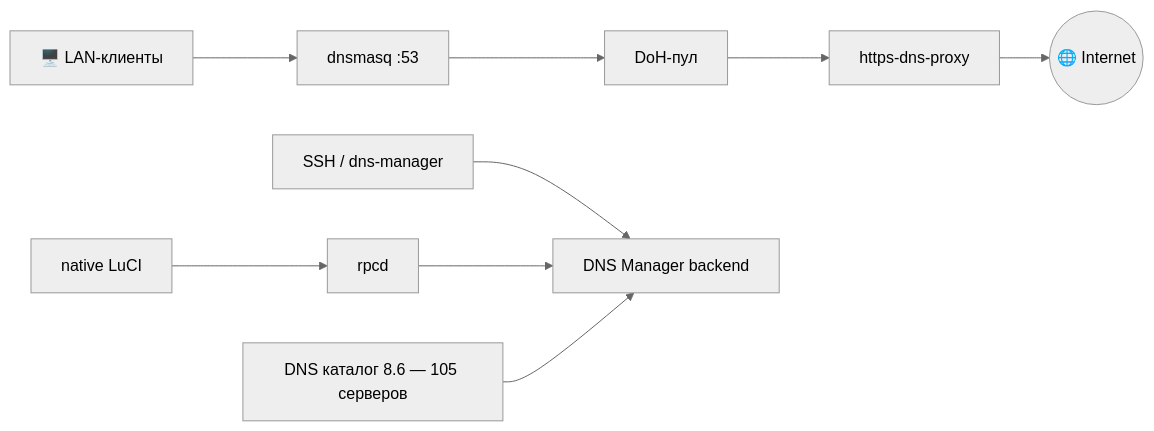
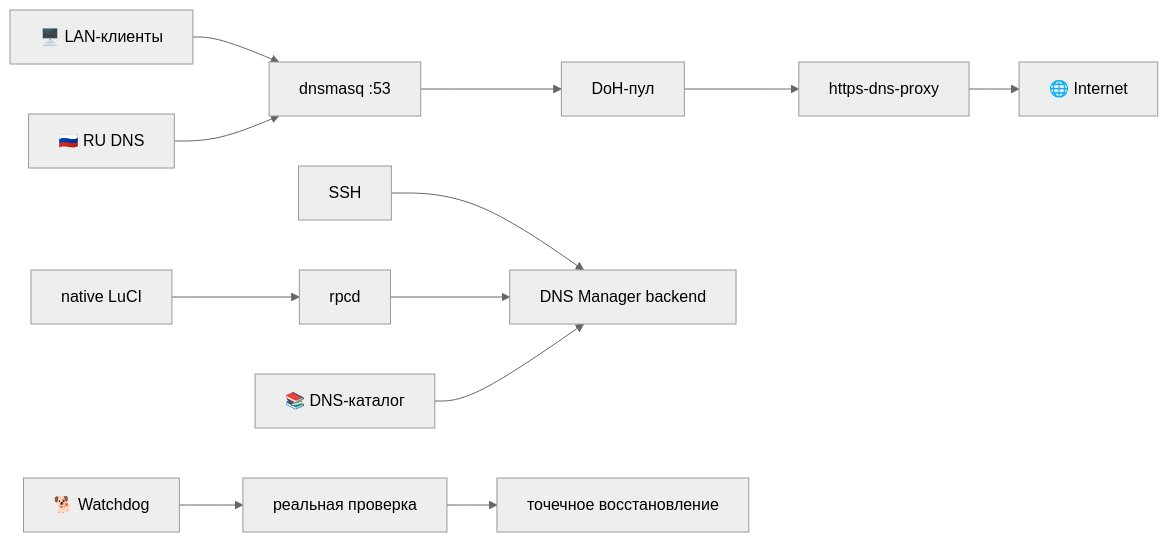
The first of 2 diagrams in README.md (PoTuStoronu222/DNS-Manager), drawn with Mermaid (neutral theme) before and after one commit. The commit also changed other lines of this file and 1 other file, not shown here.

```diff
--- a/README.md
+++ b/README.md
@@ -27,13 +85,18 @@
 ~~~mermaid
 flowchart LR
-  LAN["🖥️ LAN-клиенты"] --> DM["dnsmasq :53"]
-  DM --> POOL["DoH-пул"]
-  POOL --> PROXY["https-dns-proxy"]
-  PROXY --> NET(("🌐 Internet"))
+    C["🖥️ LAN-клиенты"] --> D["dnsmasq :53"]
+    D --> P["DoH-пул"]
+    P --> H["https-dns-proxy"]
+    H --> I["🌐 Internet"]
 
-  SSH["SSH / dns-manager"] --> BACKEND["DNS Manager backend"]
-  LUCI["native LuCI"] --> RPC["rpcd"]
-  RPC --> BACKEND
+    RU["🇷🇺 RU DNS"] --> D
 
-  CAT["DNS каталог 8.6 — 105 серверов"] --> BACKEND
+    S["SSH"] --> B["DNS Manager backend"]
+    L["native LuCI"] --> RPC["rpcd"]
+    RPC --> B
+
+    W["🐕 Watchdog"] --> T["реальная проверка"]
+    T --> R["точечное восстановление"]
+
+    CAT["📚 DNS-каталог"] --> B
 ~~~
```
